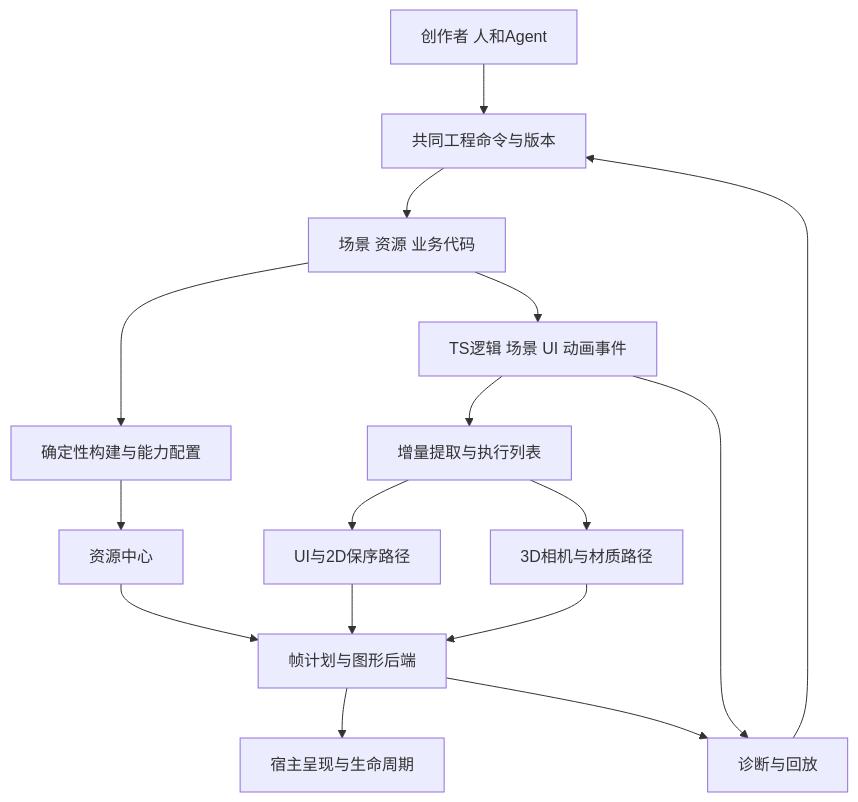
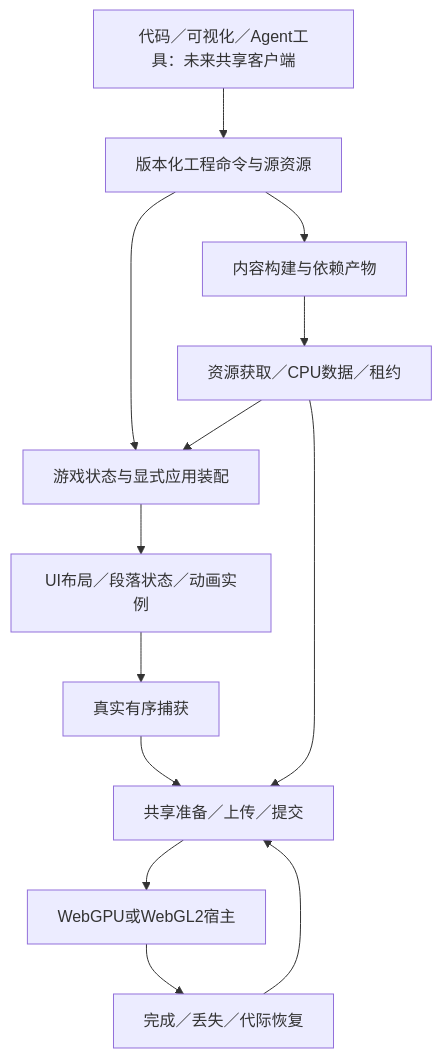
The diagram in knowledge-base/Cns/docs/技术白皮书.md (cnedwin/Egret_rebuild), drawn with Mermaid before and after one commit. The commit also changed other lines of this file and 36 other files, not shown here.

Commit message:
docs: reconcile product, core progress and next-phase roadmap

````diff
--- a/knowledge-base/Cns/docs/技术白皮书.md
+++ b/knowledge-base/Cns/docs/技术白皮书.md
@@ -19,18 +17,15 @@
 ```mermaid
 flowchart TD
-  A[创作者 人和Agent] --> B[共同工程命令与版本]
-  B --> C[场景 资源 业务代码]
-  C --> D[确定性构建与能力配置]
-  C --> E[TS逻辑 场景 UI 动画事件]
-  E --> F[增量提取与执行列表]
-  D --> G[资源中心]
-  F --> H[UI与2D保序路径]
-  F --> I[3D相机与材质路径]
-  H --> J[帧计划与图形后端]
-  I --> J
-  G --> J
-  J --> K[宿主呈现与生命周期]
-  E --> L[诊断与回放]
-  J --> L
-  L --> B
+    A[代码／可视化／Agent工具：未来共享客户端] --> P[版本化工程命令与源资源]
+    P --> B[内容构建与依赖产物]
+    P --> G[游戏状态与显式应用装配]
+    B --> R[资源获取／CPU数据／租约]
+    R --> G
+    G --> U[UI布局／段落状态／动画实例]
+    U --> C[真实有序捕获]
+    C --> E[共享准备／上传／提交]
+    E --> H[WebGPU或WebGL2宿主]
+    R --> E
+    H --> D[完成／丢失／代际恢复]
+    D --> E
 ```
````
